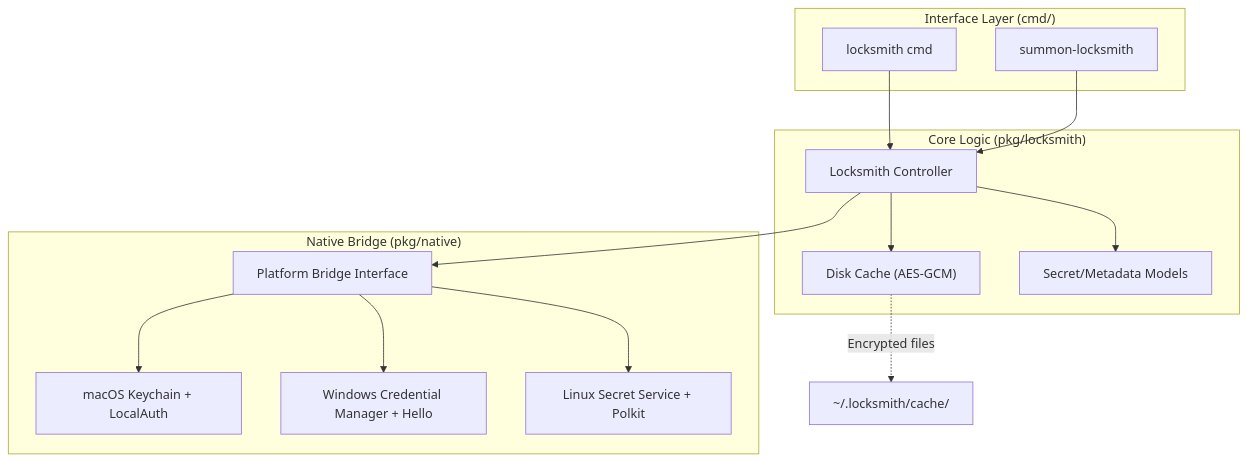
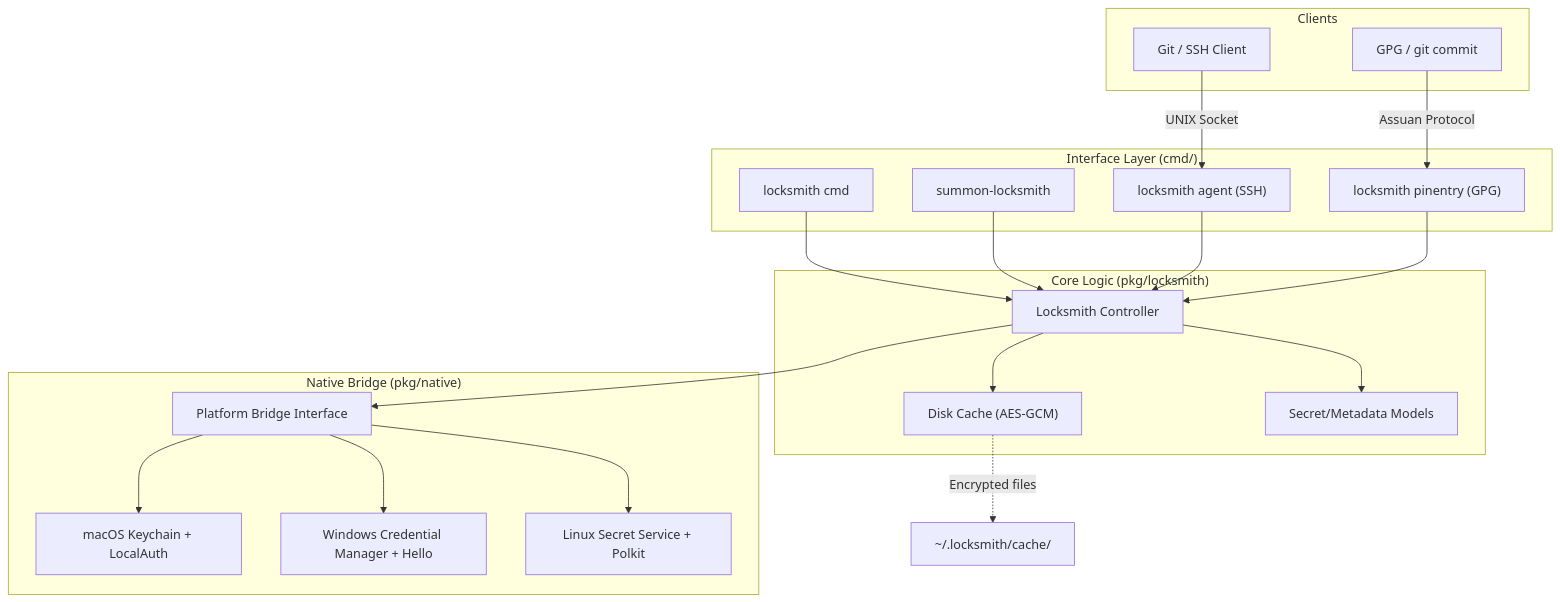
One commit to bonjoski/locksmith changed the diagram in SPEC.md. Above: the diagram before and after it, drawn with Mermaid. The commit also changed other lines of this file and 12 other files, not shown here.

First line of the commit message:
feat: implement biometric-protected SSH & GPG agent (#55)

````diff
--- a/SPEC.md
+++ b/SPEC.md
@@ -13,30 +13,41 @@
 ```mermaid
 graph TD
+    subgraph "Clients"
+        Git["Git / SSH Client"]
+        GPG["GPG / git commit"]
+    end
+
     subgraph "Interface Layer (cmd/)"
         CLI["locksmith cmd"]
         Summon["summon-locksmith"]
+        Agent["locksmith agent (SSH)"]
+        Pinentry["locksmith pinentry (GPG)"]
     end
     
     subgraph "Core Logic (pkg/locksmith)"
         LS["Locksmith Controller"]
         Cache["Disk Cache (AES-GCM)"]
         Model["Secret/Metadata Models"]
     end
     
     subgraph "Native Bridge (pkg/native)"
         Bridge["Platform Bridge Interface"]
         Darwin["macOS Keychain + LocalAuth"]
         Windows["Windows Credential Manager + Hello"]
         Linux["Linux Secret Service + Polkit"]
     end
     
+    Git -->|UNIX Socket| Agent
+    GPG -->|Assuan Protocol| Pinentry
     CLI --> LS
     Summon --> LS
+    Agent --> LS
+    Pinentry --> LS
     LS --> Cache
     LS --> Model
     LS --> Bridge
     Bridge --> Darwin
     Bridge --> Windows
     Bridge --> Linux
     Cache -.->|Encrypted files| Disk["~/.locksmith/cache/"]
 ```
````
